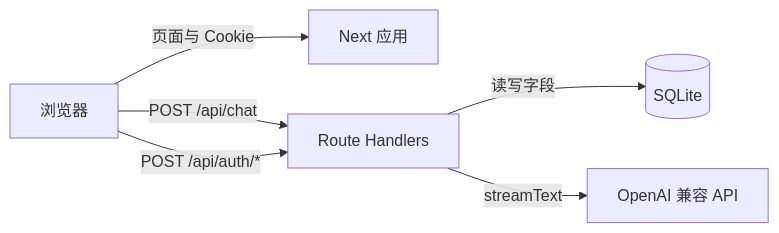
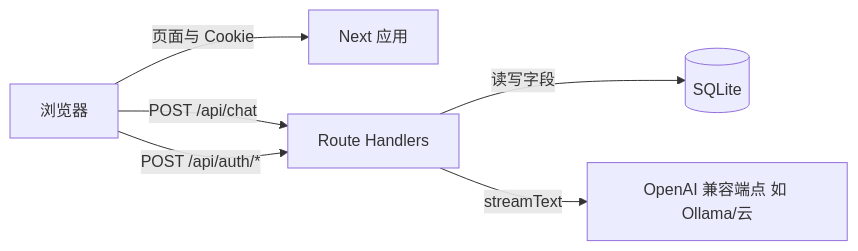
The diagram in docs/ARCHITECTURE.md (ycvenopyer/iTip), drawn with Mermaid before and after one commit. The commit also changed 6 other files, not shown here.

First line of the commit message:
feat: generic AI_* env for OpenAI-compatible models (Ollama, any region)

````diff
--- a/docs/ARCHITECTURE.md
+++ b/docs/ARCHITECTURE.md
@@ -12,14 +12,14 @@
 ```mermaid
 flowchart LR
   Browser[浏览器]
   Next[Next 应用]
   API[Route Handlers]
   DB[(SQLite)]
-  LLM[OpenAI 兼容 API]
+  LLM[OpenAI 兼容端点 如 Ollama/云]
 
   Browser -->|页面与 Cookie| Next
   Browser -->|POST /api/chat| API
   Browser -->|POST /api/auth/*| API
   API -->|读写字段| DB
   API -->|streamText| LLM
 ```
````
